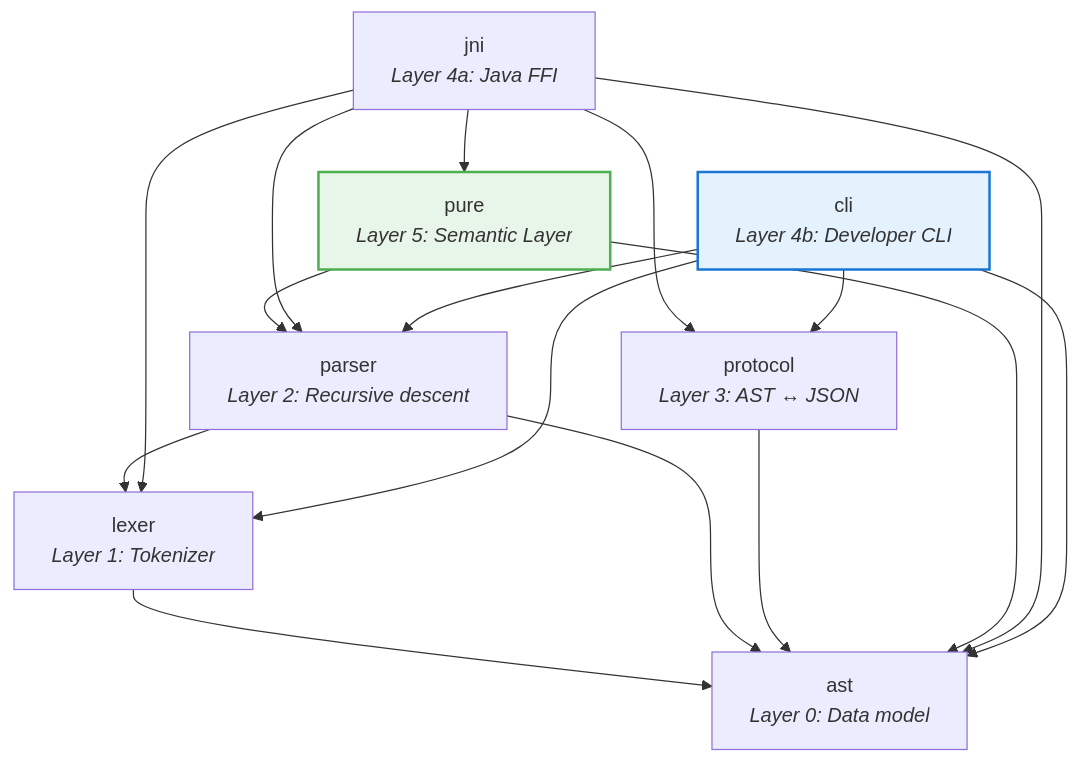
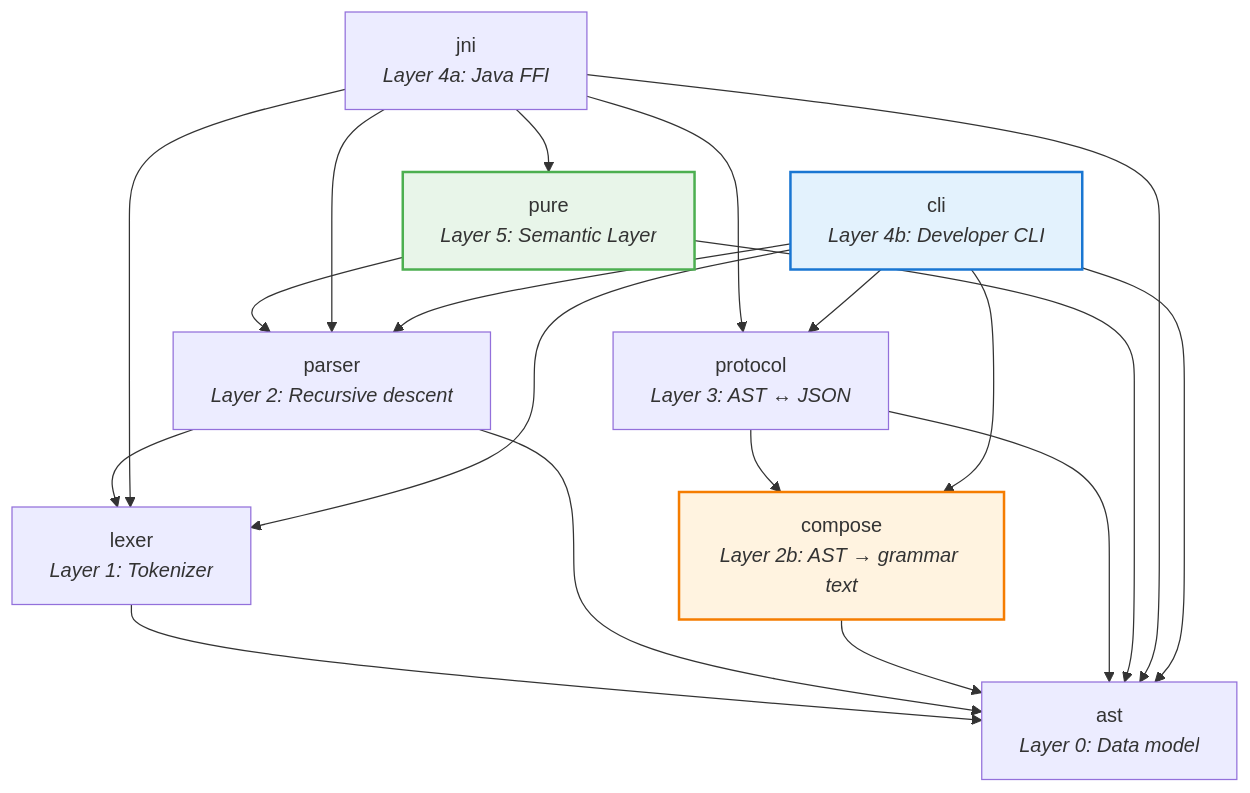
The diagram in ARCHITECTURE.md (rafaelbey/legend-pure), drawn with Mermaid before and after one commit. The commit also changed other lines of this file and 3 other files, not shown here.

First line of the commit message:
docs: update ARCHITECTURE, AST, parser, and compose documentation

````diff
--- a/ARCHITECTURE.md
+++ b/ARCHITECTURE.md
@@ -5,29 +5,34 @@
 ```mermaid
 flowchart TD
     AST["ast<br/><i>Layer 0: Data model</i>"]
     LEX["lexer<br/><i>Layer 1: Tokenizer</i>"]
     PAR["parser<br/><i>Layer 2: Recursive descent</i>"]
+    COM["compose<br/><i>Layer 2b: AST → grammar text</i>"]
     PRO["protocol<br/><i>Layer 3: AST ↔ JSON</i>"]
     JNI["jni<br/><i>Layer 4a: Java FFI</i>"]
     CLI["cli<br/><i>Layer 4b: Developer CLI</i>"]
     PURE["pure<br/><i>Layer 5: Semantic Layer</i>"]
 
     LEX --> AST
     PAR --> AST
     PAR --> LEX
+    COM --> AST
     PRO --> AST
+    PRO --> COM
     PURE --> AST
     PURE --> PAR
     JNI --> AST
     JNI --> LEX
     JNI --> PAR
     JNI --> PRO
     JNI --> PURE
     CLI --> AST
     CLI --> LEX
     CLI --> PAR
     CLI --> PRO
+    CLI --> COM
 
     style PURE fill:#e8f5e9,stroke:#4caf50,stroke-width:2px
     style CLI fill:#e3f2fd,stroke:#1976d2,stroke-width:2px
+    style COM fill:#fff3e0,stroke:#f57c00,stroke-width:2px
 ```
````
